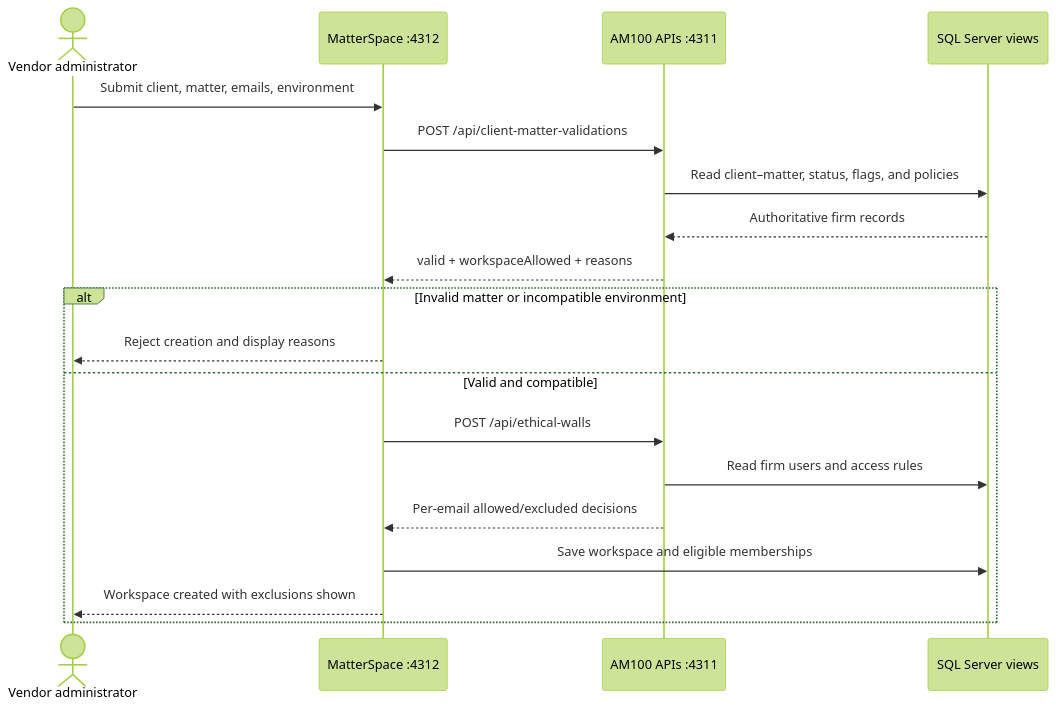
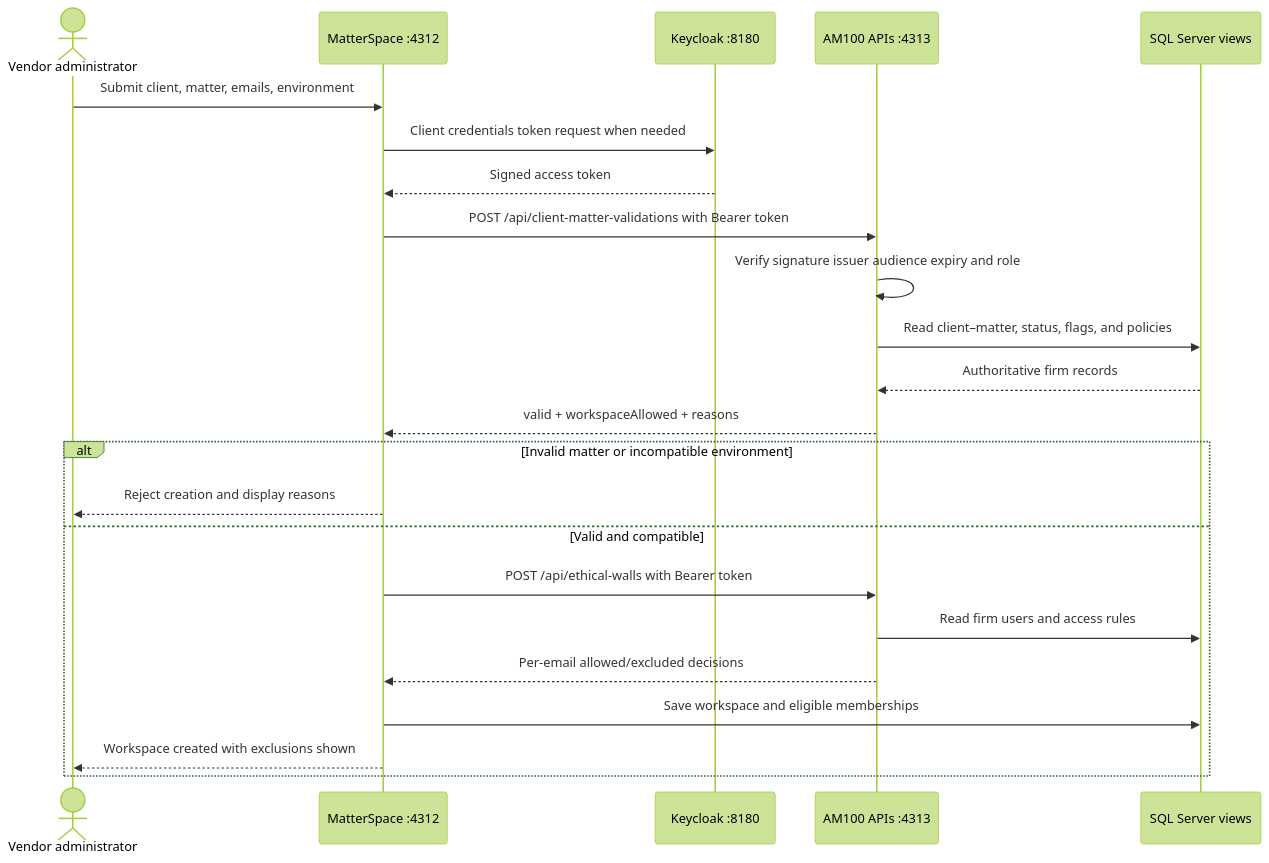
The diagram in README.md (RamiJaloudi/ethical-walls-matter), drawn with Mermaid (forest theme) before and after one commit. The commit also changed other lines of this file and 3 other files, not shown here.

````diff
--- a/README.md
+++ b/README.md
@@ -45,21 +48,25 @@
 ```mermaid
 sequenceDiagram
     actor Admin as Vendor administrator
     participant Vendor as MatterSpace :4312
-    participant Firm as AM100 APIs :4311
+    participant Auth as Keycloak :8180
+    participant Firm as AM100 APIs :4313
     participant SQL as SQL Server views
     Admin->>Vendor: Submit client, matter, emails, environment
-    Vendor->>Firm: POST /api/client-matter-validations
+    Vendor->>Auth: Client credentials token request when needed
+    Auth-->>Vendor: Signed access token
+    Vendor->>Firm: POST /api/client-matter-validations with Bearer token
+    Firm->>Firm: Verify signature issuer audience expiry and role
     Firm->>SQL: Read client–matter, status, flags, and policies
     SQL-->>Firm: Authoritative firm records
     Firm-->>Vendor: valid + workspaceAllowed + reasons
     alt Invalid matter or incompatible environment
         Vendor-->>Admin: Reject creation and display reasons
     else Valid and compatible
-        Vendor->>Firm: POST /api/ethical-walls
+        Vendor->>Firm: POST /api/ethical-walls with Bearer token
         Firm->>SQL: Read firm users and access rules
         Firm-->>Vendor: Per-email allowed/excluded decisions
         Vendor->>SQL: Save workspace and eligible memberships
         Vendor-->>Admin: Workspace created with exclusions shown
     end
 ```
````
